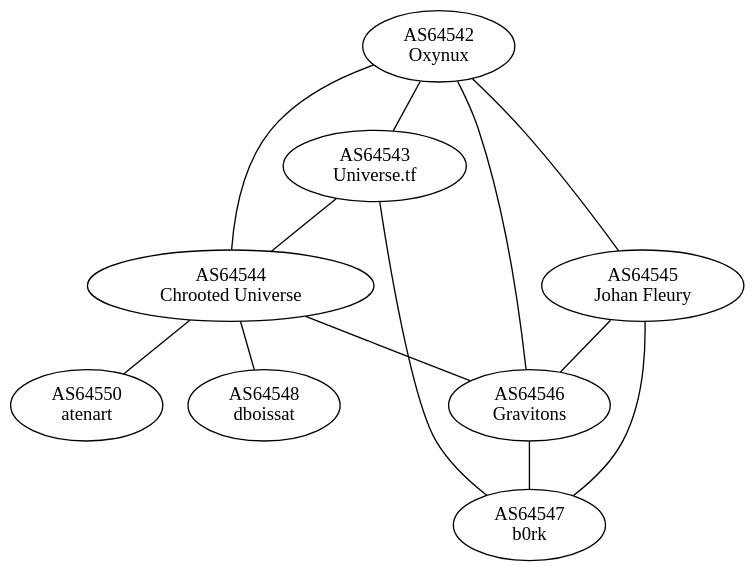
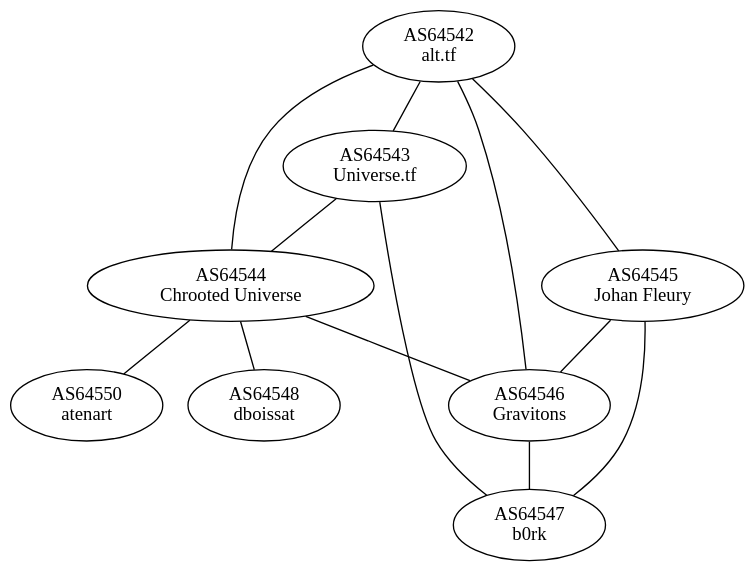
One commit to GLaNET/resources changed the diagram in as-graph.dot. Above: the diagram before and after it, drawn with Graphviz.

Commit message:
Changing AS64542 name

```diff
--- a/as-graph.dot
+++ b/as-graph.dot
@@ -1,31 +1,31 @@
 graph GLaNET
 {
         edge [len=2];
         graph [bgcolor=transparent]
 
-        AS64542 [label="AS64542\nOxynux"];
+        AS64542 [label="AS64542\nalt.tf"];
         AS64543 [label="AS64543\nUniverse.tf"];
         AS64544 [label="AS64544\nChrooted Universe"];
         AS64545 [label="AS64545\nJohan Fleury"];
         AS64546 [label="AS64546\nGravitons"];
         AS64547 [label="AS64547\nb0rk"];
         AS64548 [label="AS64548\ndboissat"];
         AS64550 [label="AS64550\natenart"];
 
         AS64542 -- AS64543;
         AS64542 -- AS64544;
         AS64542 -- AS64545;
         AS64542 -- AS64546;
 
         AS64543 -- AS64544;
         AS64543 -- AS64547;
 
         AS64544 -- AS64546;
         AS64544 -- AS64548;
         AS64544 -- AS64550;
 
         AS64545 -- AS64546;
         AS64545 -- AS64547;
 
         AS64546 -- AS64547;
 }
```
